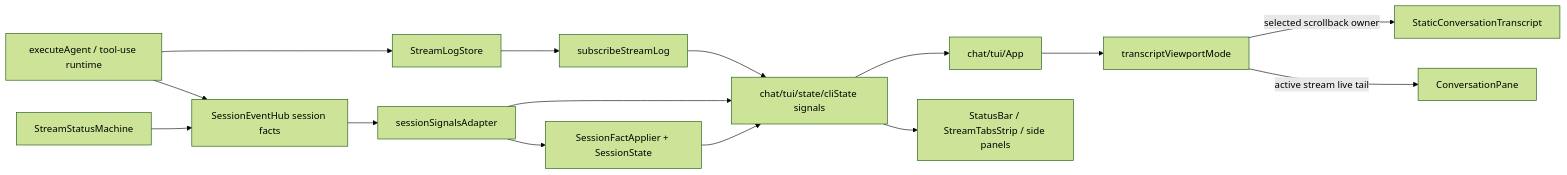
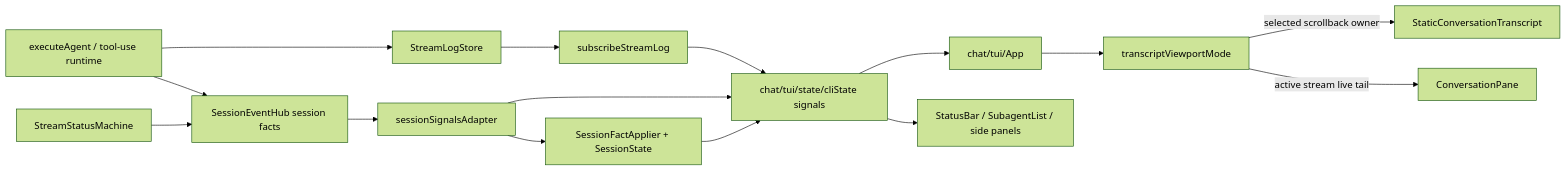
Before and after one commit to LionSR/TeXRA: the second of 5 diagrams in docs/architecture/2026-06-20-cli-runtime-round-trips.md, drawn with Mermaid (forest theme). The commit also changed other lines of this file and 9 other files, not shown here.

````diff
--- a/docs/architecture/2026-06-20-cli-runtime-round-trips.md
+++ b/docs/architecture/2026-06-20-cli-runtime-round-trips.md
@@ -74,29 +74,29 @@
 ```mermaid
 flowchart LR
   runtime[executeAgent / tool-use runtime]
   hub[SessionEventHub session facts]
   streamLog[StreamLogStore]
   statusService[StreamStatusMachine]
   cliState[chat/tui/state/cliState signals]
   factAdapter[sessionSignalsAdapter]
   logSub[subscribeStreamLog]
   applier[SessionFactApplier + SessionState]
   app[chat/tui/App]
   viewport[transcriptViewportMode]
   staticPane[StaticConversationTranscript]
   livePane[ConversationPane]
-  statusBar[StatusBar / StreamTabsStrip / side panels]
+  statusBar[StatusBar / SubagentList / side panels]
 
   runtime --> hub
   runtime --> streamLog
   statusService --> hub
   hub --> factAdapter
   streamLog --> logSub --> cliState
   factAdapter --> cliState
   factAdapter --> applier --> cliState
   cliState --> app
   app --> viewport
   viewport -->|selected scrollback owner| staticPane
   viewport -->|active stream live tail| livePane
   cliState --> statusBar
 ```
````
